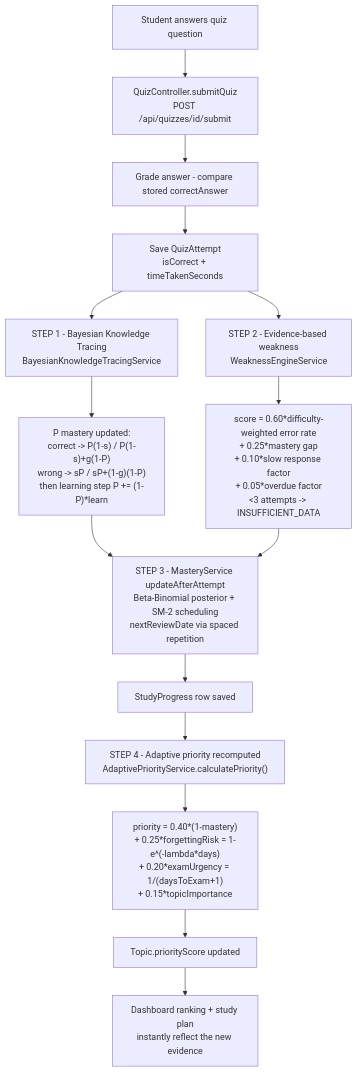
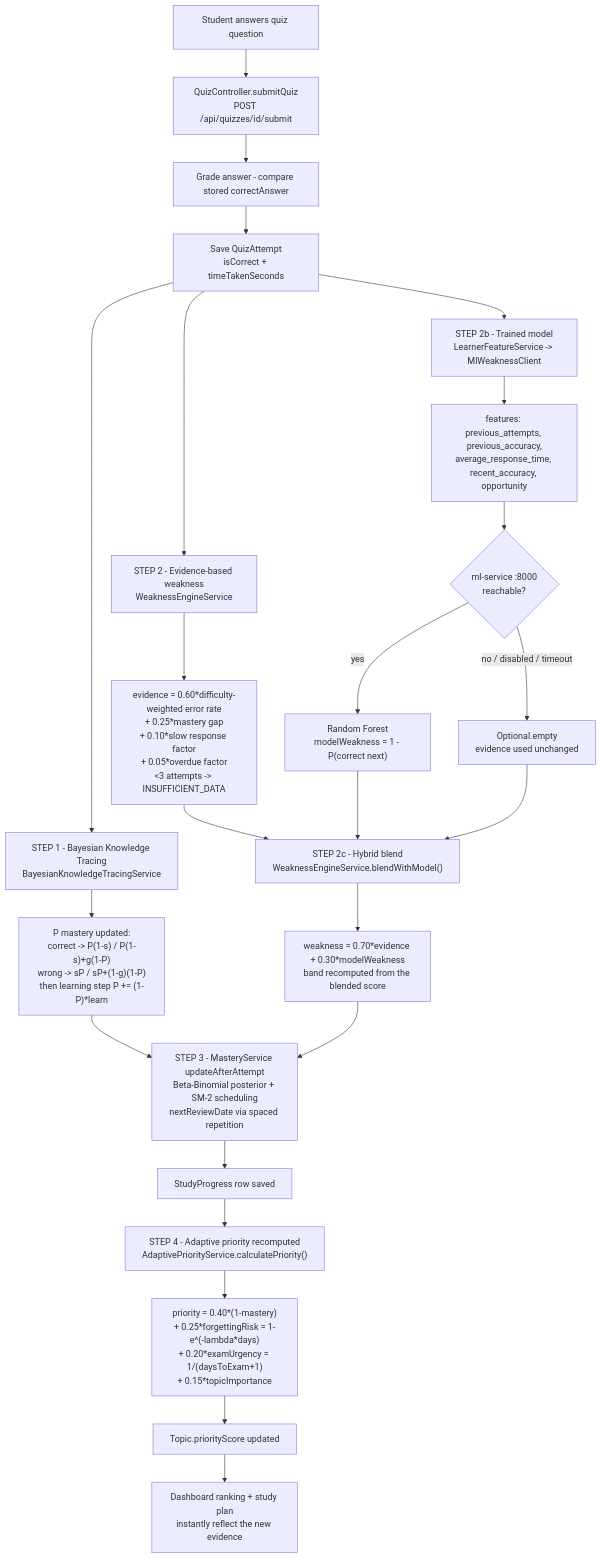
The fourth of 5 diagrams in docs/WORKFLOW.md (itsujwal11/aiStudyPlanner), drawn with Mermaid before and after one commit. The commit also changed other lines of this file and 20 other files, not shown here.

````diff
--- a/docs/WORKFLOW.md
+++ b/docs/WORKFLOW.md
@@ -262,21 +268,32 @@
 ```mermaid
 flowchart TD
     A[Student answers quiz question] --> B[QuizController.submitQuiz<br/>POST /api/quizzes/id/submit]
     B --> C[Grade answer - compare stored correctAnswer]
     C --> D[Save QuizAttempt<br/>isCorrect + timeTakenSeconds]
 
     D --> E["STEP 1 - Bayesian Knowledge Tracing<br/>BayesianKnowledgeTracingService"]
     E --> E1["P mastery updated:<br/>correct -> P(1-s) / P(1-s)+g(1-P)<br/>wrong -> sP / sP+(1-g)(1-P)<br/>then learning step P += (1-P)*learn"]
 
     D --> F["STEP 2 - Evidence-based weakness<br/>WeaknessEngineService"]
-    F --> F1["score = 0.60*difficulty-weighted error rate<br/>+ 0.25*mastery gap<br/>+ 0.10*slow response factor<br/>+ 0.05*overdue factor<br/><3 attempts -> INSUFFICIENT_DATA"]
+    F --> F1["evidence = 0.60*difficulty-weighted error rate<br/>+ 0.25*mastery gap<br/>+ 0.10*slow response factor<br/>+ 0.05*overdue factor<br/><3 attempts -> INSUFFICIENT_DATA"]
+
+    D --> M["STEP 2b - Trained model<br/>LearnerFeatureService -> MlWeaknessClient"]
+    M --> M1["features: previous_attempts, previous_accuracy,<br/>average_response_time, recent_accuracy, opportunity"]
+    M1 --> M2{"ml-service :8000<br/>reachable?"}
+    M2 -->|yes| M3["Random Forest<br/>modelWeakness = 1 - P(correct next)"]
+    M2 -->|"no / disabled / timeout"| M4["Optional.empty<br/>evidence used unchanged"]
+
+    F1 --> N["STEP 2c - Hybrid blend<br/>WeaknessEngineService.blendWithModel()"]
+    M3 --> N
+    M4 --> N
+    N --> N1["weakness = 0.70*evidence + 0.30*modelWeakness<br/>band recomputed from the blended score"]
 
     E1 --> G["STEP 3 - MasteryService updateAfterAttempt<br/>Beta-Binomial posterior + SM-2 scheduling<br/>nextReviewDate via spaced repetition"]
-    F1 --> G
+    N1 --> G
     G --> H[StudyProgress row saved]
 
     H --> I["STEP 4 - Adaptive priority recomputed<br/>AdaptivePriorityService.calculatePriority()"]
     I --> I1["priority = 0.40*(1-mastery)<br/>+ 0.25*forgettingRisk = 1-e^(-lambda*days)<br/>+ 0.20*examUrgency = 1/(daysToExam+1)<br/>+ 0.15*topicImportance"]
     I1 --> J[Topic.priorityScore updated]
     J --> K[Dashboard ranking + study plan<br/>instantly reflect the new evidence]
 ```
````
